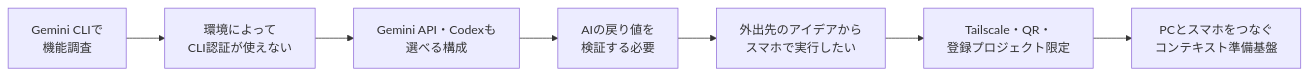
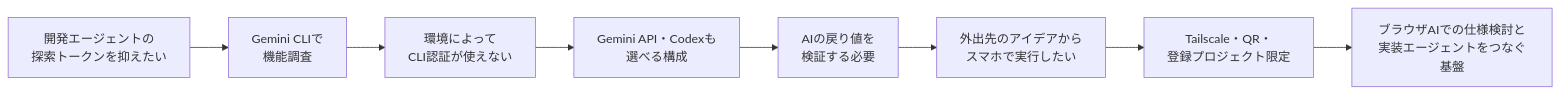
One commit to matsutanishimpei/make-summary changed the second of 6 diagrams in docs/product-overview.md. Above: the diagram before and after it, drawn with Mermaid. The commit also changed other lines of this file and 3 other files, not shown here.

````diff
--- a/docs/product-overview.md
+++ b/docs/product-overview.md
@@ -69,9 +90,10 @@
 ```mermaid
 flowchart LR
-    Start["Gemini CLIで<br/>機能調査"] --> Auth["環境によって<br/>CLI認証が使えない"]
+    Cost["開発エージェントの<br/>探索トークンを抑えたい"] --> Start["Gemini CLIで<br/>機能調査"]
+    Start --> Auth["環境によって<br/>CLI認証が使えない"]
     Auth --> Multi["Gemini API・Codexも<br/>選べる構成"]
     Multi --> Trust["AIの戻り値を<br/>検証する必要"]
     Trust --> Mobile["外出先のアイデアから<br/>スマホで実行したい"]
     Mobile --> SafeRemote["Tailscale・QR・<br/>登録プロジェクト限定"]
-    SafeRemote --> Product["PCとスマホをつなぐ<br/>コンテキスト準備基盤"]
+    SafeRemote --> Product["ブラウザAIでの仕様検討と<br/>実装エージェントをつなぐ基盤"]
 ```
````
